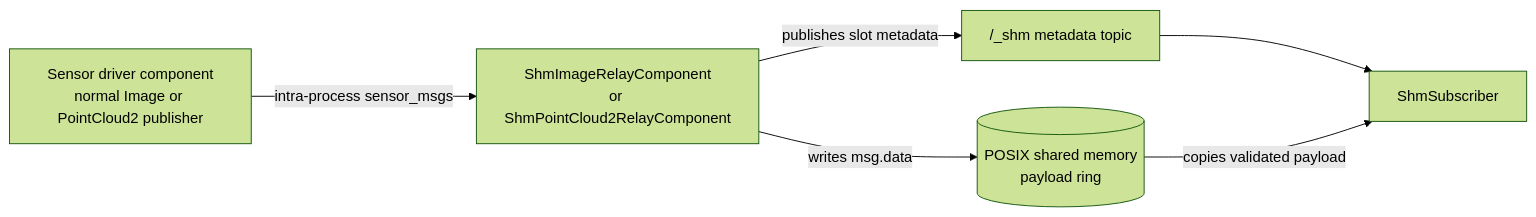
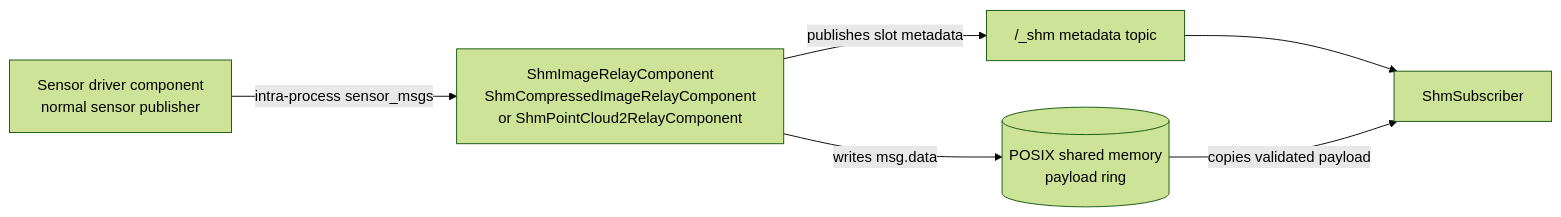
Before and after one commit to Maik13579/ros2_shm_sensor_transport: the second of 2 diagrams in README.md, drawn with Mermaid (forest theme). The commit also changed other lines of this file and 17 other files, not shown here.

First line of the commit message:
Add compressed image SHM transport

````diff
--- a/README.md
+++ b/README.md
@@ -280,14 +305,14 @@
 ```mermaid
 flowchart LR
-    sensor["Sensor driver component<br/>normal Image or PointCloud2 publisher"]
-    relay["ShmImageRelayComponent<br/>or ShmPointCloud2RelayComponent"]
+    sensor["Sensor driver component<br/>normal sensor publisher"]
+    relay["ShmImageRelayComponent<br/>ShmCompressedImageRelayComponent<br/>or ShmPointCloud2RelayComponent"]
     shm[("POSIX shared memory<br/>payload ring")]
     meta["/_shm metadata topic"]
     sub["ShmSubscriber"]
 
     sensor -- "intra-process sensor_msgs" --> relay
     relay -- "writes msg.data" --> shm
     relay -- "publishes slot metadata" --> meta
     meta --> sub
     shm -- "copies validated payload" --> sub
 ```
````
